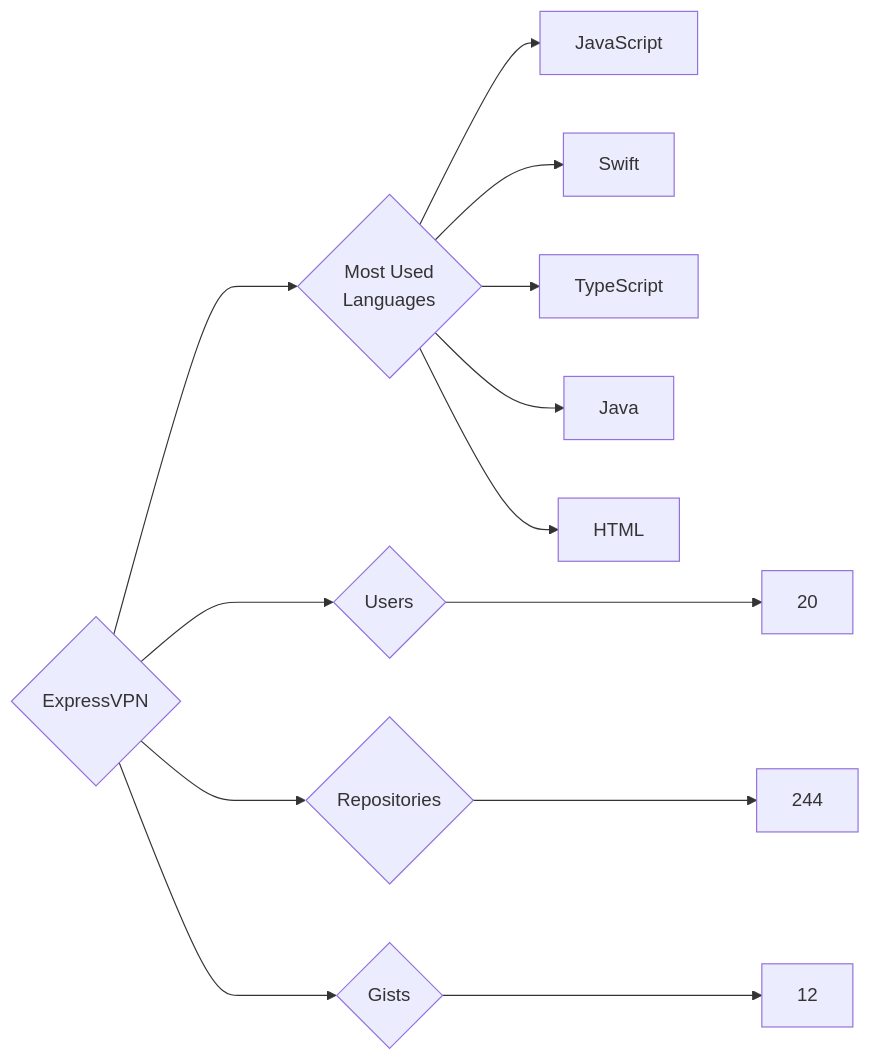
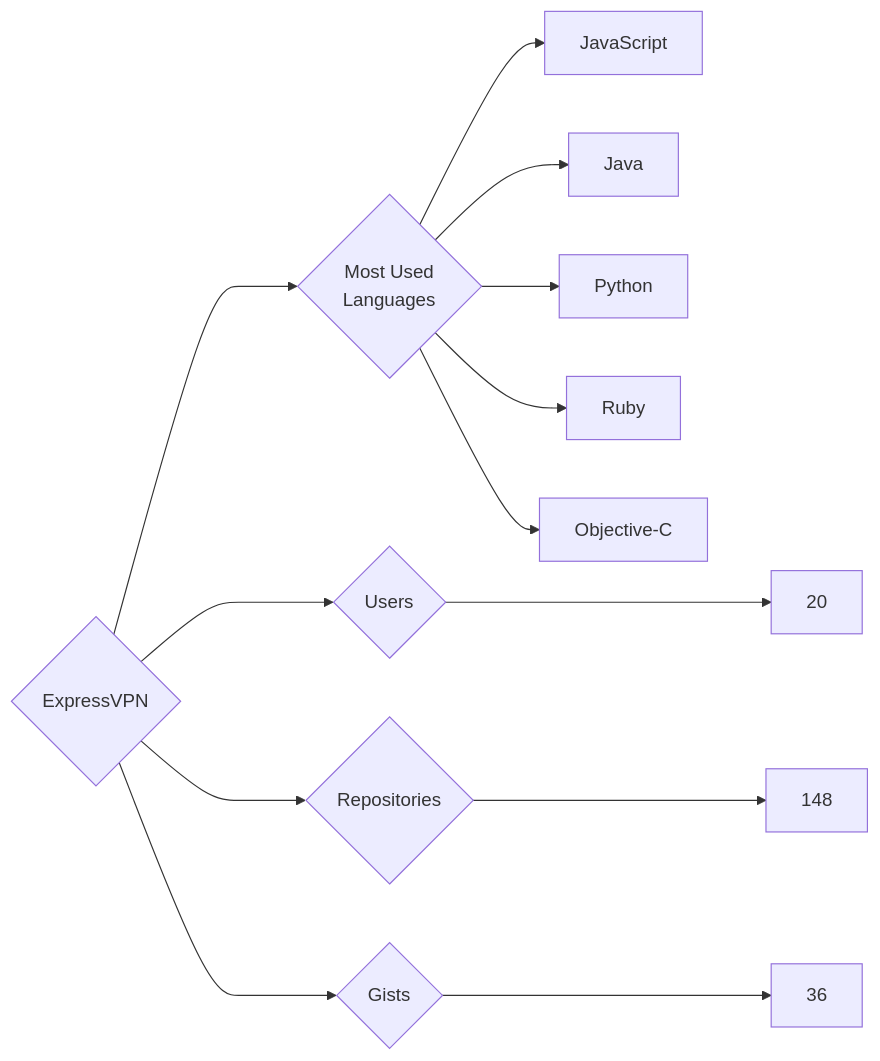
One commit to trickest/insiders changed the diagram in targets/ExpressVPN/README.md. Above: the diagram before and after it, drawn with Mermaid. The commit also changed 714 other files, not shown here.

````diff
--- a/targets/ExpressVPN/README.md
+++ b/targets/ExpressVPN/README.md
@@ -3,13 +3,13 @@
 ```mermaid
 graph LR
 COMPANY_NAME{ExpressVPN}
 COMPANY_NAME ---> U{Users} ---> UN[20]
-COMPANY_NAME ---> R{Repositories} ---> RN[244]
-COMPANY_NAME ---> G{Gists} ---> GN[12]
+COMPANY_NAME ---> R{Repositories} ---> RN[148]
+COMPANY_NAME ---> G{Gists} ---> GN[36]
 COMPANY_NAME ---> ML{Most Used<br>Languages}
 ML --> JavaScript[JavaScript]
-ML --> Swift[Swift]
-ML --> TypeScript[TypeScript]
 ML --> Java[Java]
-ML --> HTML[HTML]
+ML --> Python[Python]
+ML --> Ruby[Ruby]
+ML --> Objective-C[Objective-C]
 ```
````
